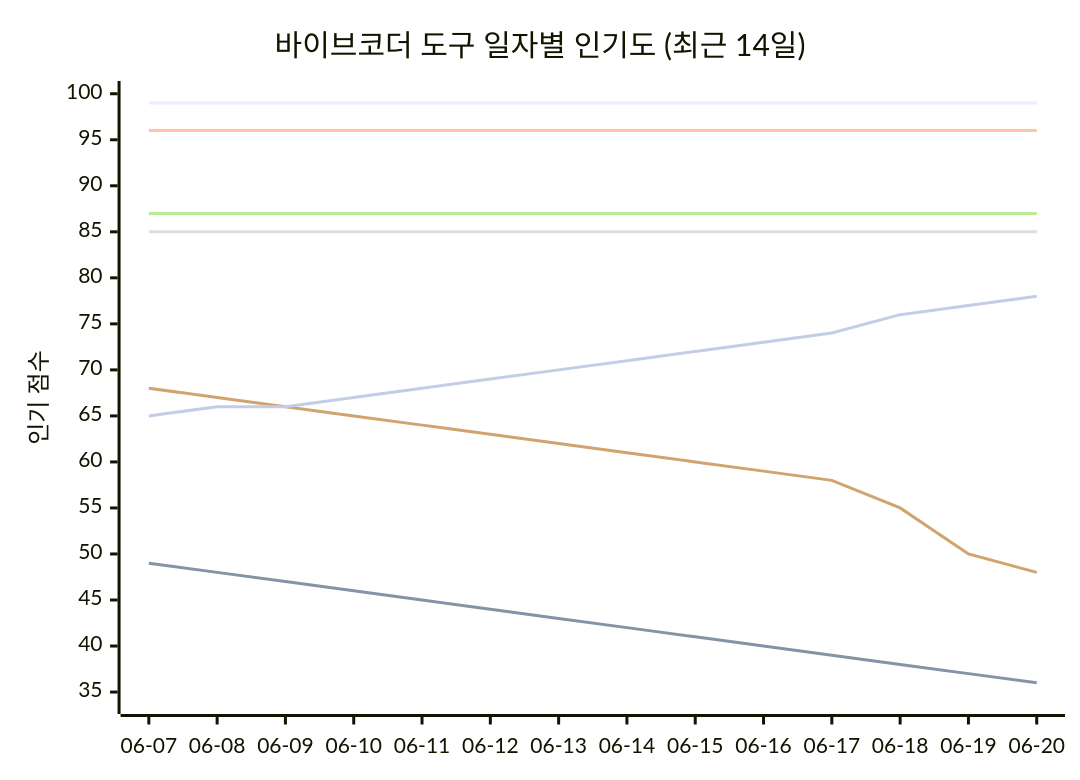
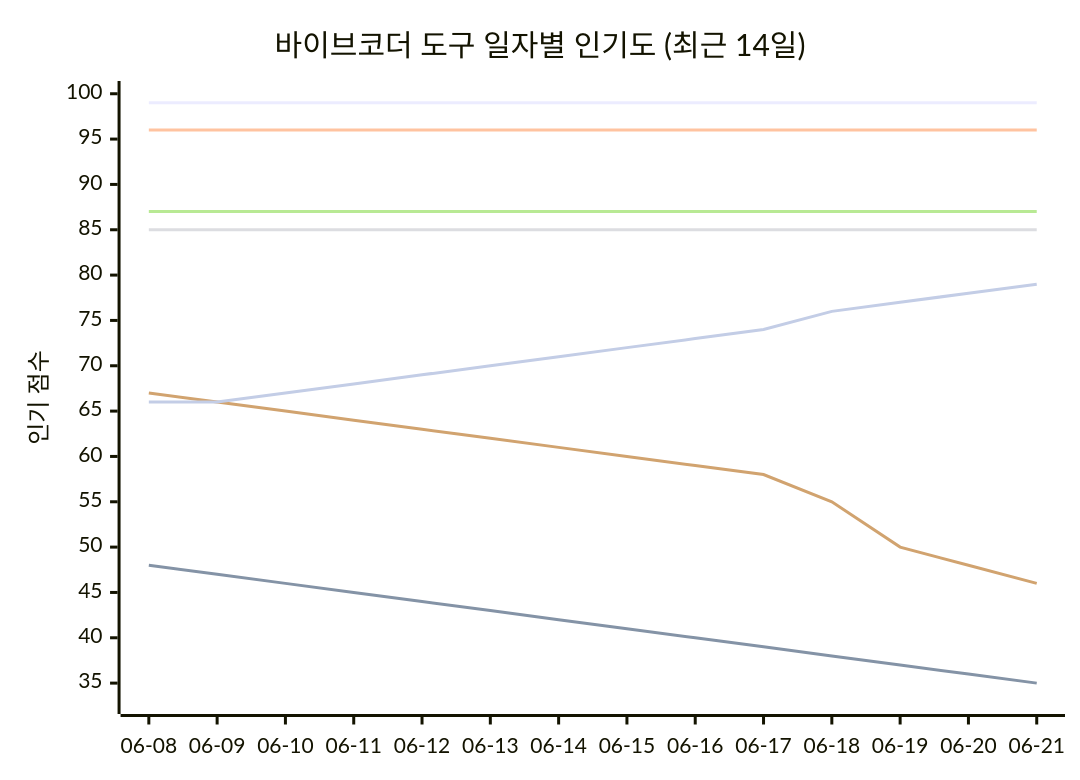
The seventh of 11 diagrams in README_ko.md (tykimos/ai-whatchelin), drawn with Mermaid before and after one commit. The commit also changed other lines of this file and 4 other files, not shown here.

````diff
--- a/README_ko.md
+++ b/README_ko.md
@@ -1645,13 +1653,13 @@
 ```mermaid
 xychart-beta
     title "바이브코더 도구 일자별 인기도 (최근 14일)"
-    x-axis ["06-07", "06-08", "06-09", "06-10", "06-11", "06-12", "06-13", "06-14", "06-15", "06-16", "06-17", "06-18", "06-19", "06-20"]
-    y-axis "인기 점수" 34 --> 100
+    x-axis ["06-08", "06-09", "06-10", "06-11", "06-12", "06-13", "06-14", "06-15", "06-16", "06-17", "06-18", "06-19", "06-20", "06-21"]
+    y-axis "인기 점수" 33 --> 100
     line "Claude Code" [99, 99, 99, 99, 99, 99, 99, 99, 99, 99, 99, 99, 99, 99]
-    line "GH Copilot" [49, 48, 47, 46, 45, 44, 43, 42, 41, 40, 39, 38, 37, 36]
+    line "GH Copilot" [48, 47, 46, 45, 44, 43, 42, 41, 40, 39, 38, 37, 36, 35]
     line "Cursor" [96, 96, 96, 96, 96, 96, 96, 96, 96, 96, 96, 96, 96, 96]
     line "Windsurf" [85, 85, 85, 85, 85, 85, 85, 85, 85, 85, 85, 85, 85, 85]
     line "Codex CLI" [87, 87, 87, 87, 87, 87, 87, 87, 87, 87, 87, 87, 87, 87]
-    line "Gemini CLI" [68, 67, 66, 65, 64, 63, 62, 61, 60, 59, 58, 55, 50, 48]
-    line "Antigravity" [65, 66, 66, 67, 68, 69, 70, 71, 72, 73, 74, 76, 77, 78]
+    line "Gemini CLI" [67, 66, 65, 64, 63, 62, 61, 60, 59, 58, 55, 50, 48, 46]
+    line "Antigravity" [66, 66, 67, 68, 69, 70, 71, 72, 73, 74, 76, 77, 78, 79]
 ```
````
